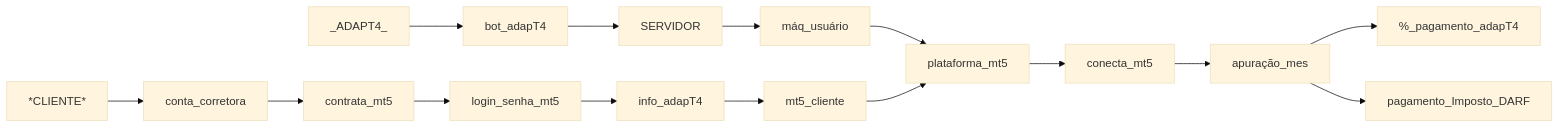
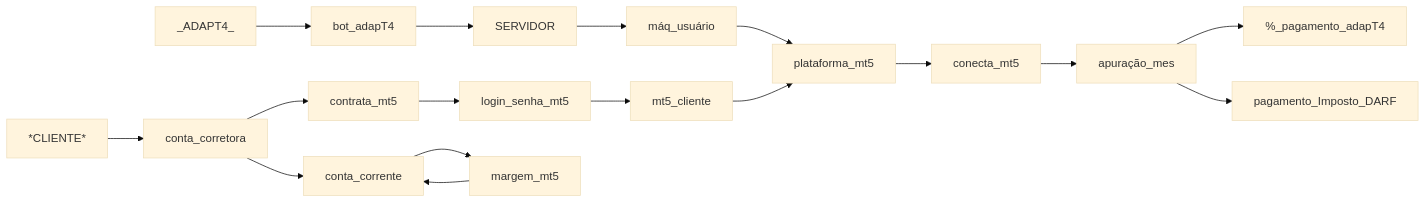
One commit to viniciusdantasdc/Adapt4_invest changed the diagram in README.md. Above: the diagram before and after it, drawn with Mermaid (base theme).

````diff
--- a/README.md
+++ b/README.md
@@ -25,22 +25,24 @@
 ```mermaid
 graph LR;
 _ADAPT4_ --> bot_adapT4;
 bot_adapT4 --> SERVIDOR;
 SERVIDOR --> máq_usuário;
 máq_usuário --> plataforma_mt5;
 
 
 *CLIENTE* --> conta_corretora;
 conta_corretora --> contrata_mt5;
 contrata_mt5 --> login_senha_mt5;
-login_senha_mt5 --> info_adapT4;
-info_adapT4 --> mt5_cliente;
+login_senha_mt5 --> mt5_cliente;
 mt5_cliente --> plataforma_mt5;
 
 plataforma_mt5 --> conecta_mt5;
 conecta_mt5 --> apuração_mes;
 apuração_mes --> %_pagamento_adapT4;
 apuração_mes --> pagamento_Imposto_DARF;
 
+conta_corretora --> conta_corrente;
+conta_corrente --> margem_mt5;
+margem_mt5 --> conta_corrente;
 
 ```
````
